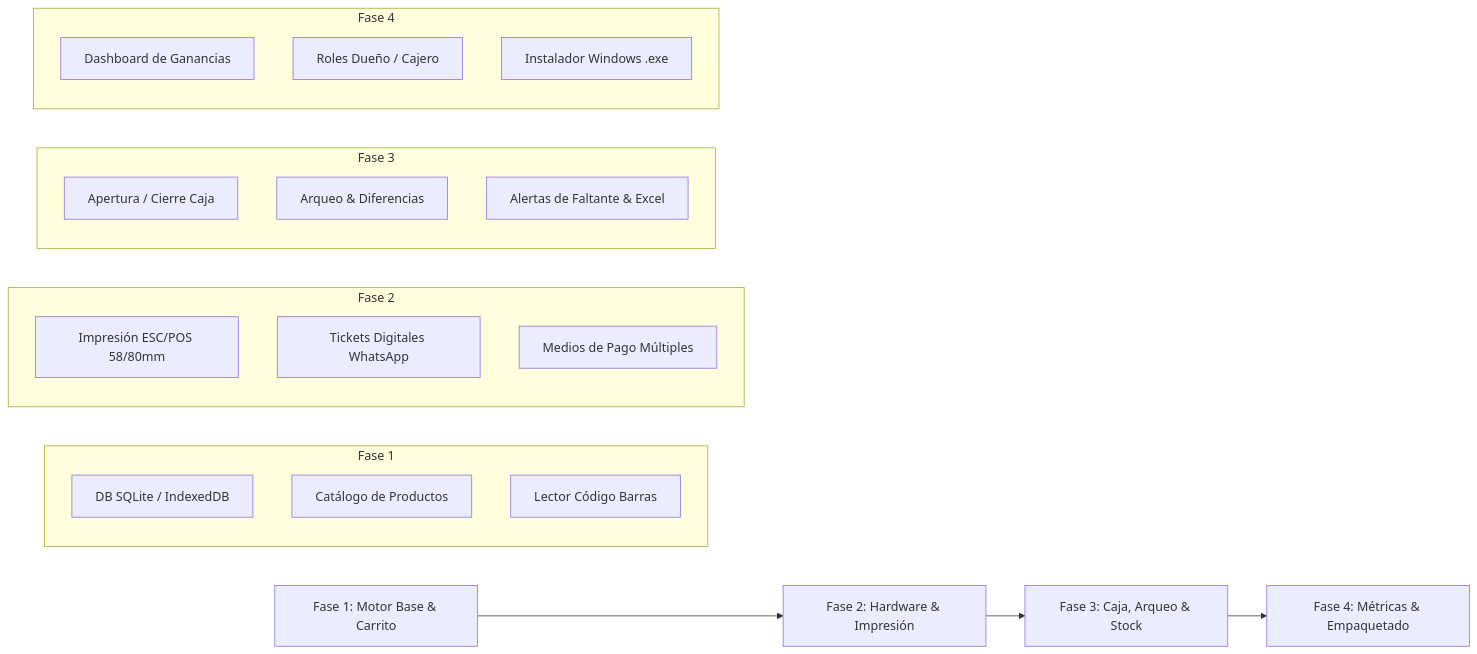
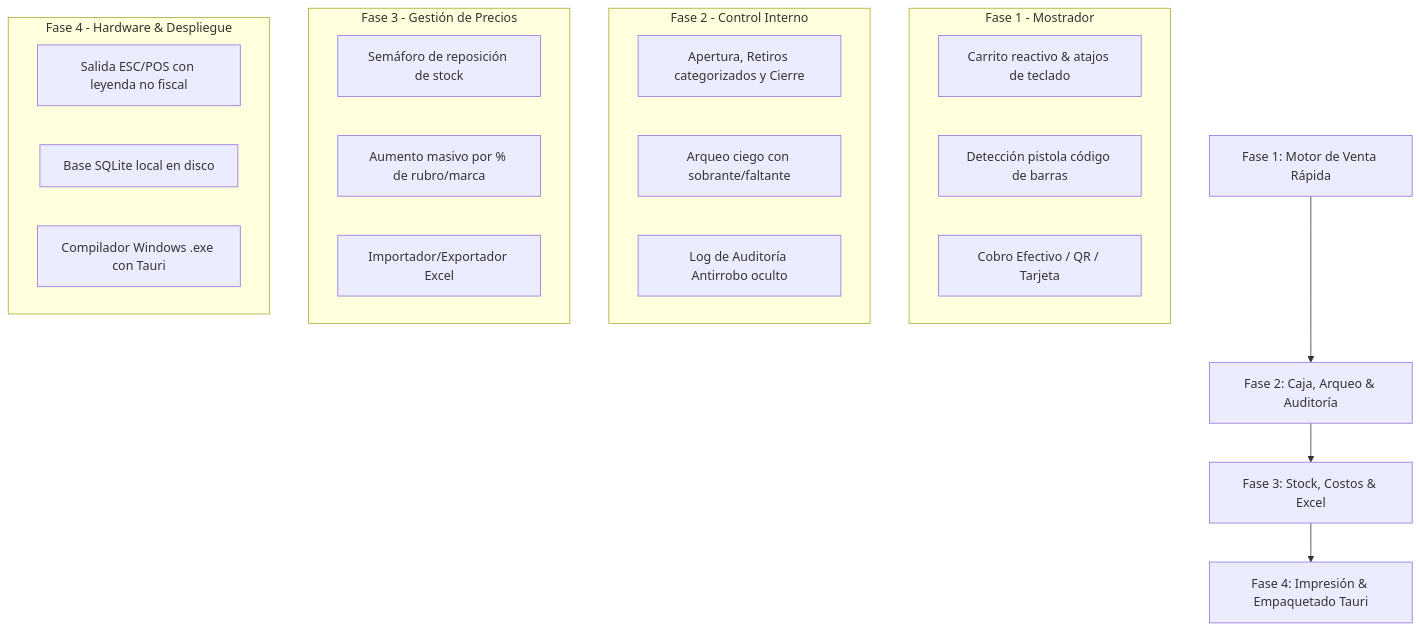
One commit to clonovoces-ai/soluciones-locales changed the diagram in software_para_caja/README.md. Above: the diagram before and after it, drawn with Mermaid. The commit also changed other lines of this file, not shown here.

Commit message:
docs(pos): incorporar auditoria antirrobo, arquero ciego, blindaje legal y app movil

````diff
--- a/software_para_caja/README.md
+++ b/software_para_caja/README.md
@@ -145,30 +137,30 @@
 ```mermaid
-flowchart LR
-    A["Fase 1: Motor Base & Carrito"] --> B["Fase 2: Hardware & Impresión"]
-    B --> C["Fase 3: Caja, Arqueo & Stock"]
-    C --> D["Fase 4: Métricas & Empaquetado"]
+flowchart TD
+    A["Fase 1: Motor de Venta Rápida"] --> B["Fase 2: Caja, Arqueo & Auditoría"]
+    B --> C["Fase 3: Stock, Costos & Excel"]
+    C --> D["Fase 4: Impresión & Empaquetado Tauri"]
 
-    subgraph Fase 1
-    A1["DB SQLite / IndexedDB"]
-    A2["Catálogo de Productos"]
-    A3["Lector Código Barras"]
+    subgraph Fase 1 - Mostrador
+    A1["Carrito reactivo & atajos de teclado"]
+    A2["Detección pistola código de barras"]
+    A3["Cobro Efectivo / QR / Tarjeta"]
     end
 
-    subgraph Fase 2
-    B1["Impresión ESC/POS 58/80mm"]
-    B2["Tickets Digitales WhatsApp"]
-    B3["Medios de Pago Múltiples"]
+    subgraph Fase 2 - Control Interno
+    B1["Apertura, Retiros categorizados y Cierre"]
+    B2["Arqueo ciego con sobrante/faltante"]
+    B3["Log de Auditoría Antirrobo oculto"]
     end
 
-    subgraph Fase 3
-    C1["Apertura / Cierre Caja"]
-    C2["Arqueo & Diferencias"]
-    C3["Alertas de Faltante & Excel"]
+    subgraph Fase 3 - Gestión de Precios
+    C1["Semáforo de reposición de stock"]
+    C2["Aumento masivo por % de rubro/marca"]
+    C3["Importador/Exportador Excel"]
     end
 
-    subgraph Fase 4
-    D1["Dashboard de Ganancias"]
-    D2["Roles Dueño / Cajero"]
-    D3["Instalador Windows .exe"]
+    subgraph Fase 4 - Hardware & Despliegue
+    D1["Salida ESC/POS con leyenda no fiscal"]
+    D2["Base SQLite local en disco"]
+    D3["Compilador Windows .exe con Tauri"]
     end
 ```
````
